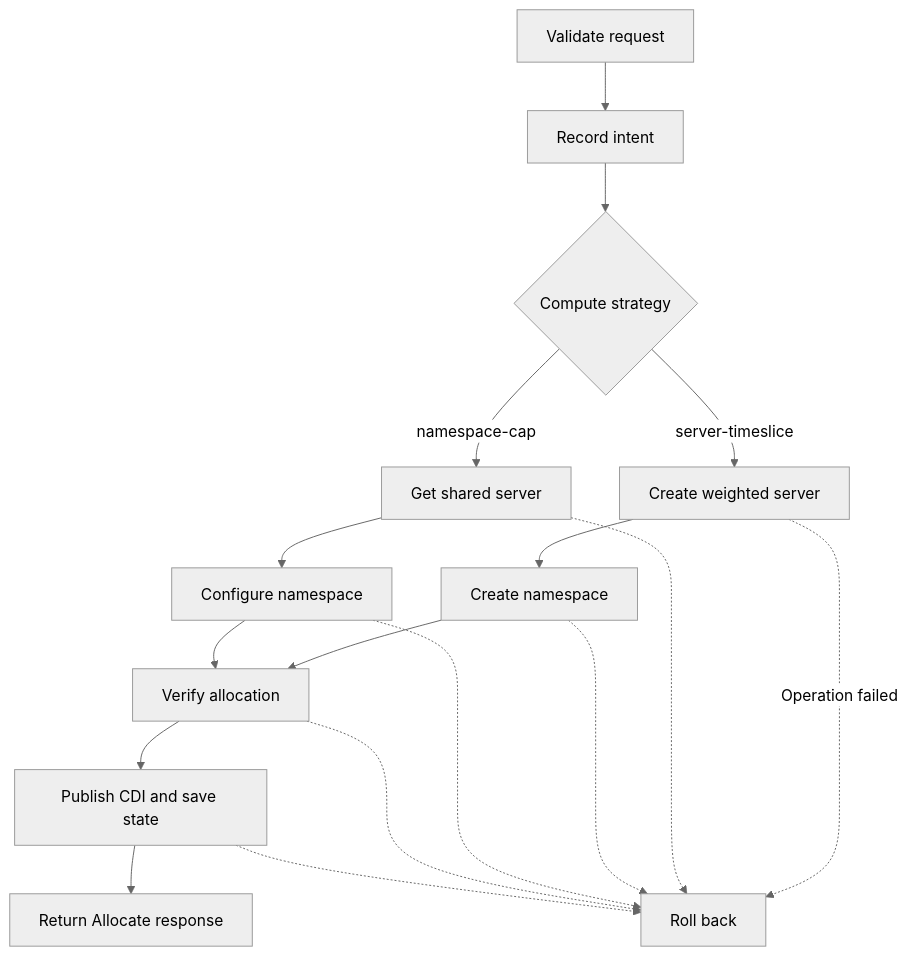
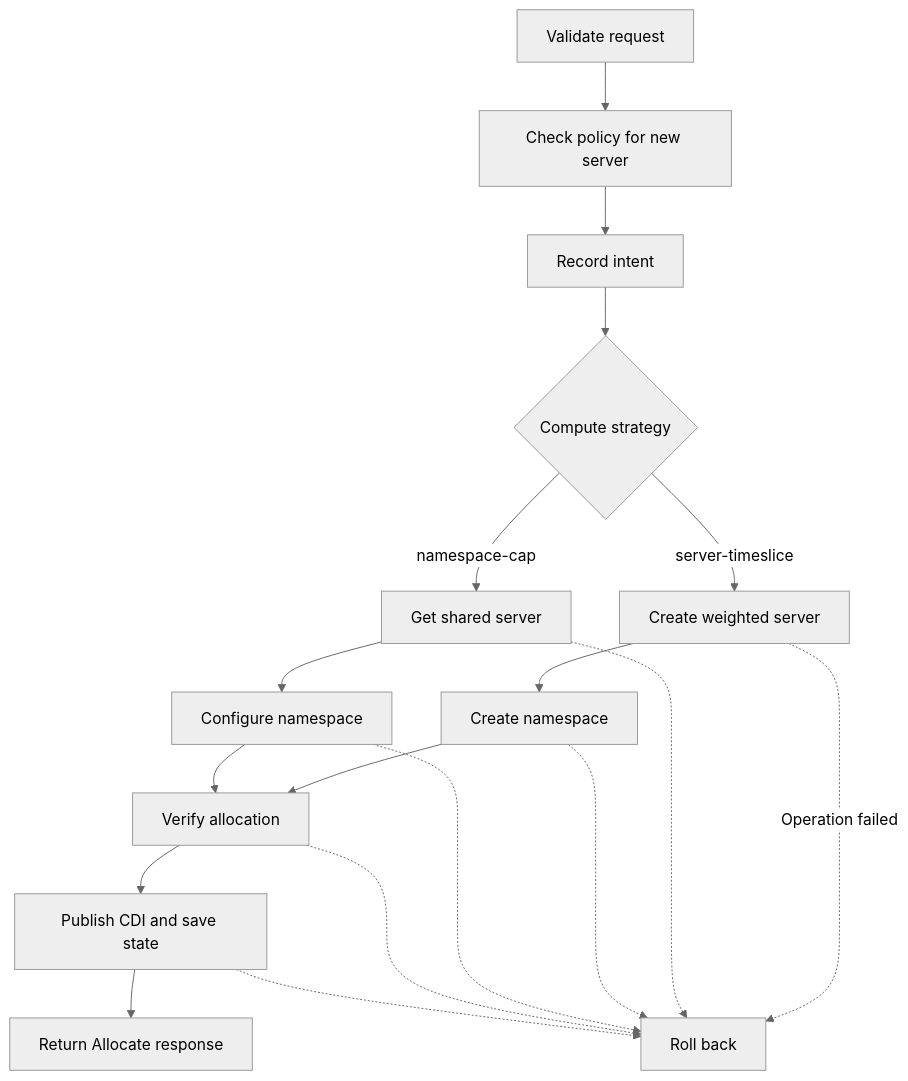
One commit to Project-HAMi/website changed the second of 2 diagrams in docs/developers/mps-v3-design.md. Above: the diagram before and after it, drawn with Mermaid (neutral theme). The commit also changed other lines of this file and 3 other files, not shown here.

````diff
--- a/docs/developers/mps-v3-design.md
+++ b/docs/developers/mps-v3-design.md
@@ -59,19 +59,20 @@
 ```mermaid
 flowchart TD
-    V["Validate request"] --> I["Record intent"]
+    V["Validate request"] --> CP["Check policy for new server"]
+    CP --> I["Record intent"]
     I --> B{"Compute strategy"}
     B -->|server-timeslice| T["Create weighted server"]
     B -->|namespace-cap| C["Get shared server"]
     T --> TN["Create namespace"]
     C --> CN["Configure namespace"]
     TN --> Q["Verify allocation"]
     CN --> Q
     Q --> P["Publish CDI and save state"]
     P --> A["Return Allocate response"]
     T -.->|Operation failed| X["Roll back"]
     C -.-> X
     TN -.-> X
     CN -.-> X
     Q -.-> X
     P -.-> X
 ```
````
